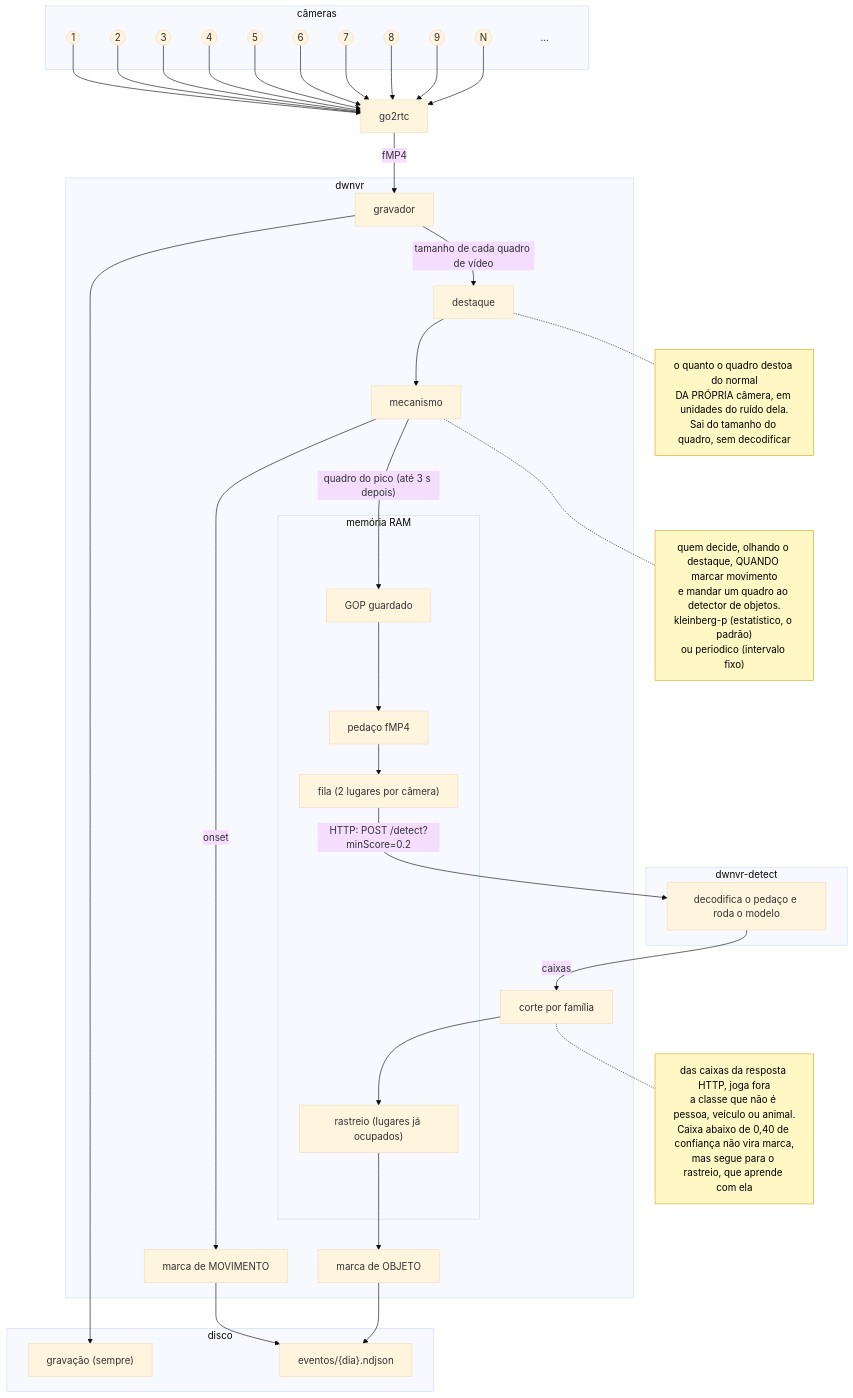
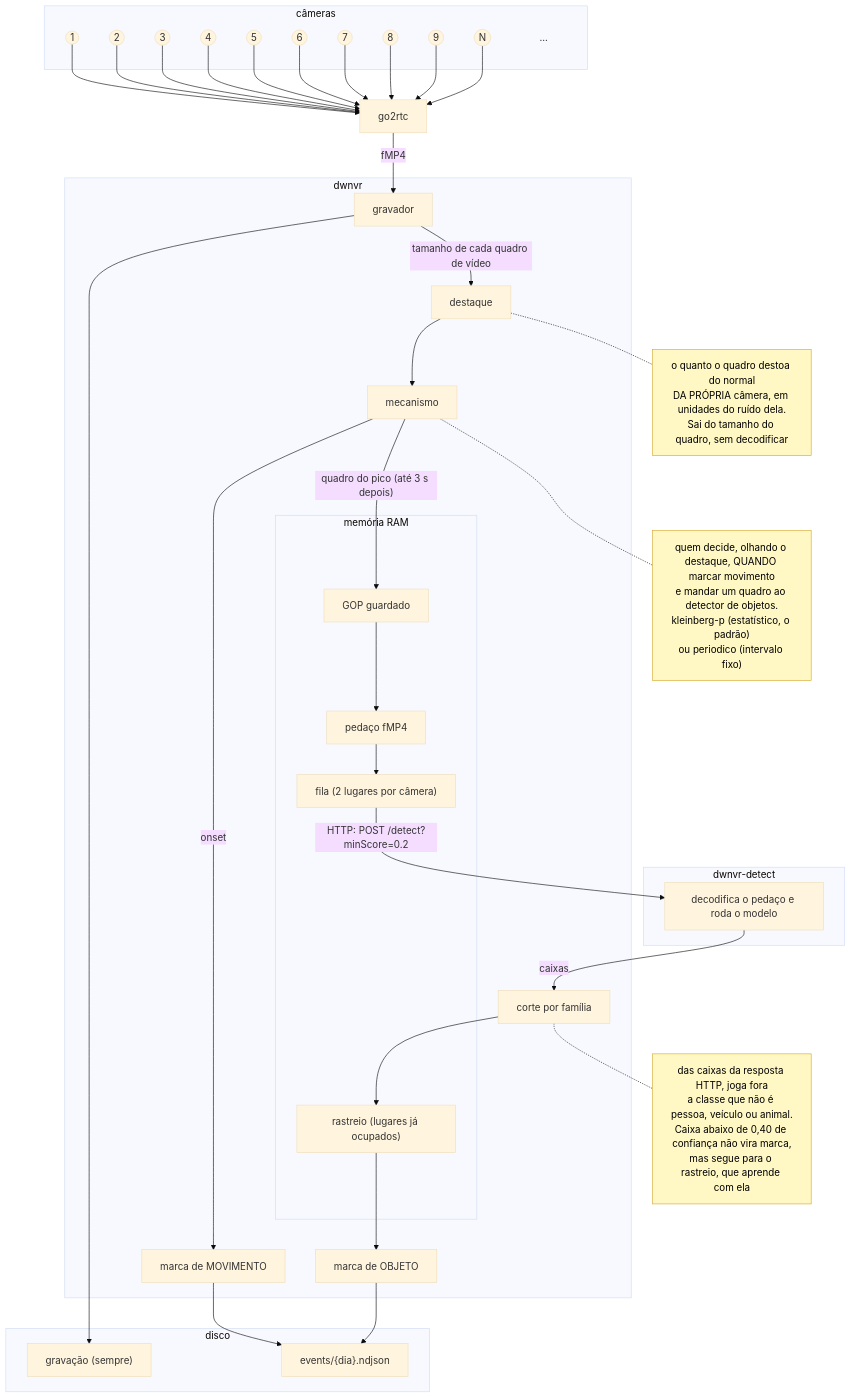
The diagram in docs/deteccao.md (mhagnumdw/dwnvr), drawn with Mermaid (base theme) before and after one commit. The commit also changed other lines of this file and 16 other files, not shown here.

````diff
--- a/docs/deteccao.md
+++ b/docs/deteccao.md
@@ -71,67 +71,67 @@
 ```mermaid
 flowchart TD
     subgraph cameras["câmeras"]
         cam1((1))
         cam2((2))
         cam3((3))
         cam4((4))
         cam5((5))
         cam6((6))
         cam7((7))
         cam8((8))
         cam9((9))
         camMais["..."]:::reticencias
         camN((N))
     end
     cam1 & cam2 & cam3 & cam4 & cam5 & cam6 & cam7 & cam8 & cam9 & camN --> go2rtc
     camMais ~~~ go2rtc
     classDef reticencias fill:none,stroke:none
     go2rtc -->|fMP4| gravador
 
     subgraph dwnvr
         gravador
         destaque
         mecanismo
         movimento["marca de MOVIMENTO"]
         corte["corte por família"]
         objeto["marca de OBJETO"]
 
         subgraph ram["memória RAM"]
             gop["GOP guardado"]
             pedaco["pedaço fMP4"]
             fila["fila (2 lugares por câmera)"]
             rastreio["rastreio (lugares já ocupados)"]
         end
     end
 
     subgraph sidecar["dwnvr-detect"]
         modelo["decodifica o pedaço e roda o modelo"]
     end
 
     subgraph disco
         gravacao["gravação (sempre)"]
-        eventos["eventos/{dia}.ndjson"]
+        eventos["events/{dia}.ndjson"]
     end
 
     gravador --> gravacao
     gravador -->|tamanho de cada quadro de vídeo| destaque
     destaque --> mecanismo
     mecanismo -->|onset| movimento
     mecanismo -->|"quadro do pico (até 3 s depois)"| gop
     gop --> pedaco
     pedaco --> fila
     fila -->|"HTTP: POST /detect?minScore=0.2"| modelo
     modelo -->|caixas| corte
     corte --> rastreio
     rastreio --> objeto
     movimento --> eventos
     objeto --> eventos
 
     notaDestaque["o quanto o quadro destoa do normal<br>DA PRÓPRIA câmera, em unidades do ruído dela.<br>Sai do tamanho do quadro, sem decodificar"]:::nota
     destaque -.- notaDestaque
     notaMecanismo["quem decide, olhando o destaque, QUANDO marcar movimento<br>e mandar um quadro ao detector de objetos.<br>kleinberg-p (estatístico, o padrão)<br>ou periodico (intervalo fixo)"]:::nota
     mecanismo -.- notaMecanismo
     notaCorte["das caixas da resposta HTTP, joga fora<br>a classe que não é pessoa, veículo ou animal.<br>Caixa abaixo de 0,40 de confiança não vira marca,<br>mas segue para o rastreio, que aprende com ela"]:::nota
     corte -.- notaCorte
     classDef nota fill:#fff8c5,stroke:#d4a72c,color:#000
 ```
````
